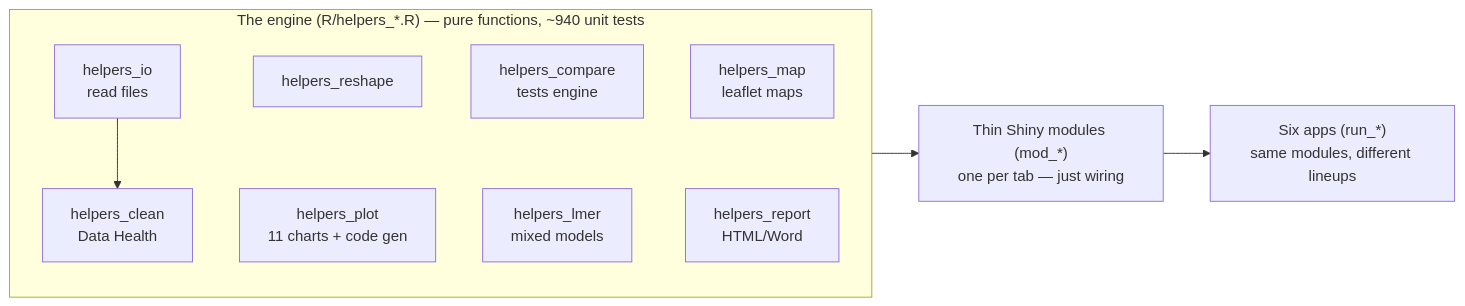
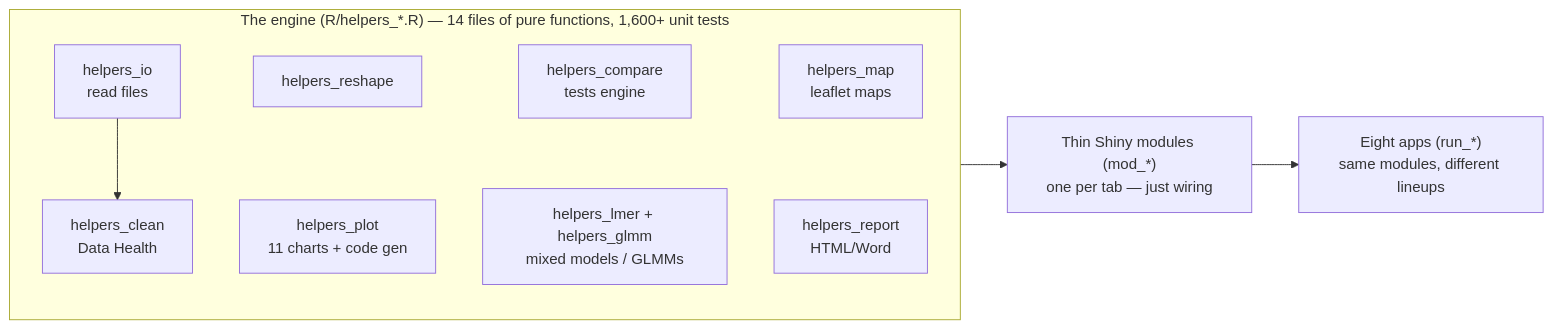
Before and after one commit to MichaelFox18/FoxPlots.dev: the first of 6 diagrams in STUDY_GUIDE.md, drawn with Mermaid. The commit also changed other lines of this file, not shown here.

````diff
--- a/STUDY_GUIDE.md
+++ b/STUDY_GUIDE.md
@@ -68,11 +75,11 @@
 ```mermaid
 flowchart LR
-    subgraph engine ["The engine (R/helpers_*.R) — pure functions, ~940 unit tests"]
+    subgraph engine ["The engine (R/helpers_*.R) — 14 files of pure functions, 1,600+ unit tests"]
         H1[helpers_io<br/>read files] --> H2[helpers_clean<br/>Data Health]
         H3[helpers_reshape] ~~~ H4[helpers_plot<br/>11 charts + code gen]
-        H5[helpers_compare<br/>tests engine] ~~~ H6[helpers_lmer<br/>mixed models]
+        H5[helpers_compare<br/>tests engine] ~~~ H6[helpers_lmer + helpers_glmm<br/>mixed models / GLMMs]
         H7[helpers_map<br/>leaflet maps] ~~~ H8[helpers_report<br/>HTML/Word]
     end
     engine --> M["Thin Shiny modules (mod_*)<br/>one per tab — just wiring"]
-    M --> A["Six apps (run_*)<br/>same modules, different lineups"]
+    M --> A["Eight apps (run_*)<br/>same modules, different lineups"]
 ```
````
